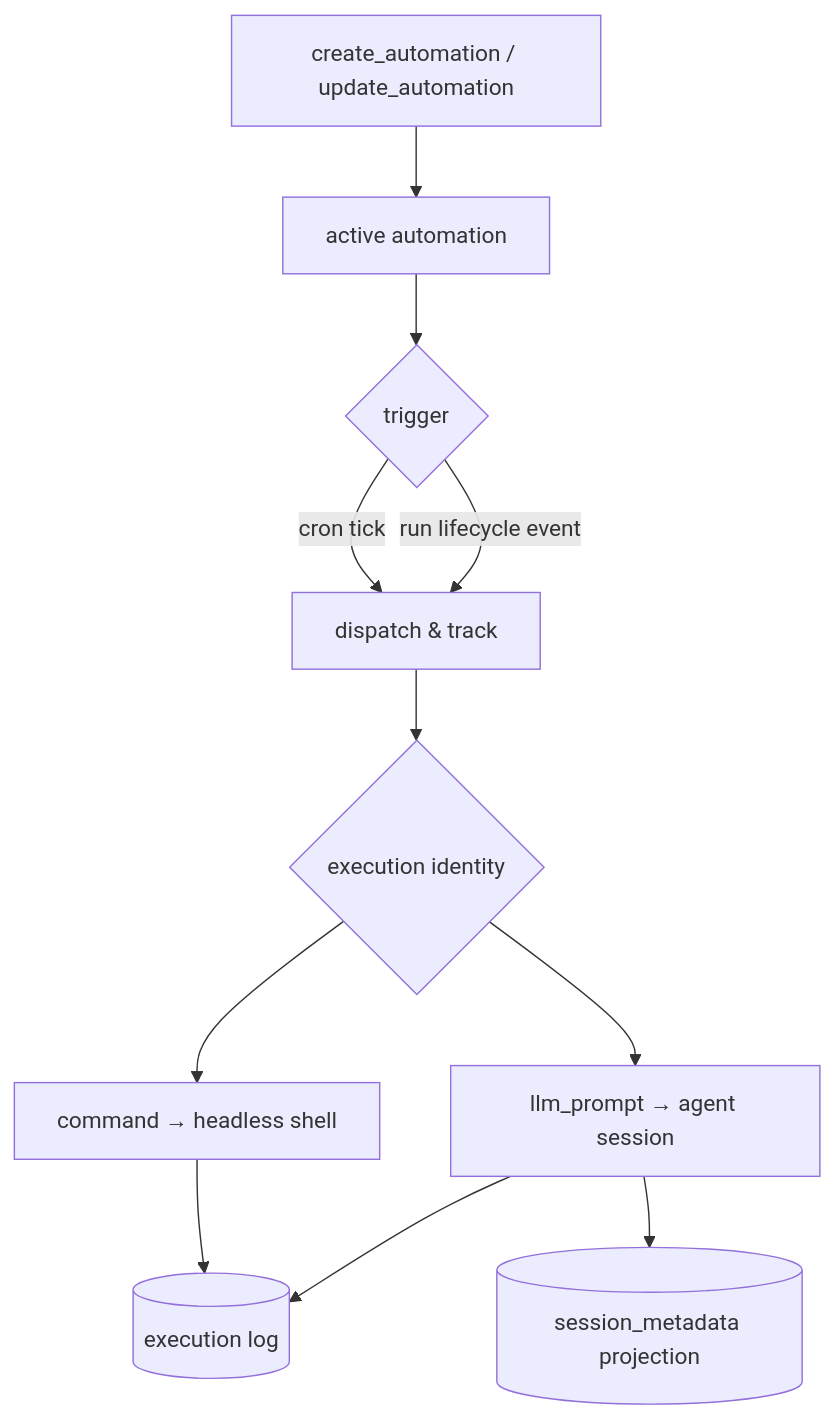
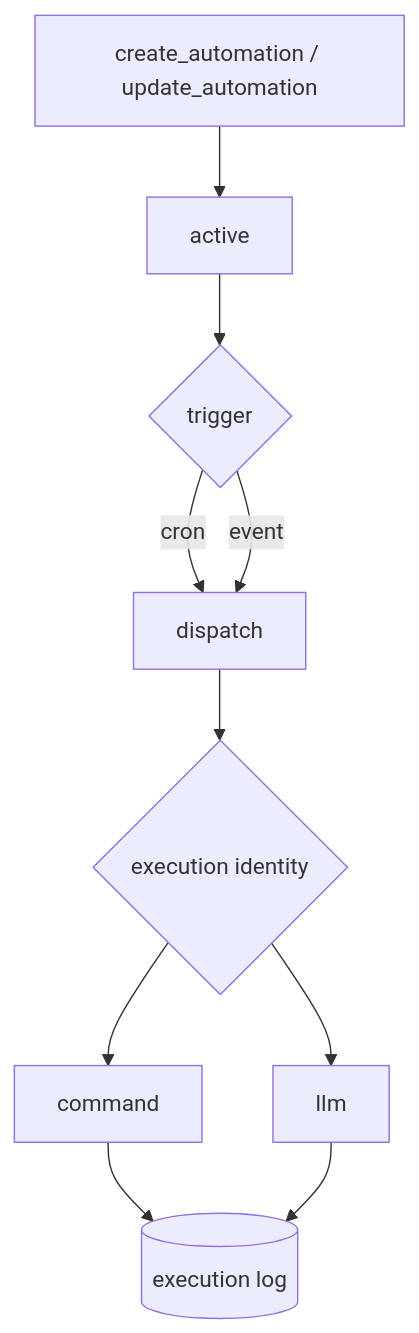
The diagram in doc/flows/flow-automation-execution.md (sequencestream/c3), drawn with Mermaid before and after one commit. The commit also changed other lines of this file and 128 other files, not shown here.

````diff
--- a/doc/flows/flow-automation-execution.md
+++ b/doc/flows/flow-automation-execution.md
@@ -15,13 +11,12 @@
 ```mermaid
 flowchart TD
-    W[create_automation / update_automation] --> SCHED[active automation]
-    SCHED --> TRIG{trigger}
-    TRIG -- cron tick --> DISP[dispatch & track]
-    TRIG -- run lifecycle event --> DISP
+    W[create_automation / update_automation] --> A[active]
+    A --> TRIG{trigger}
+    TRIG -- cron --> DISP[dispatch]
+    TRIG -- event --> DISP
     DISP --> ID{execution identity}
-    ID --> CMD[command → headless shell]
-    ID --> LLM[llm_prompt → agent session]
+    ID --> CMD[command]
+    ID --> LLM[llm]
     CMD --> LOG[(execution log)]
     LLM --> LOG
-    LLM --> SM[(session_metadata projection)]
 ```
````
